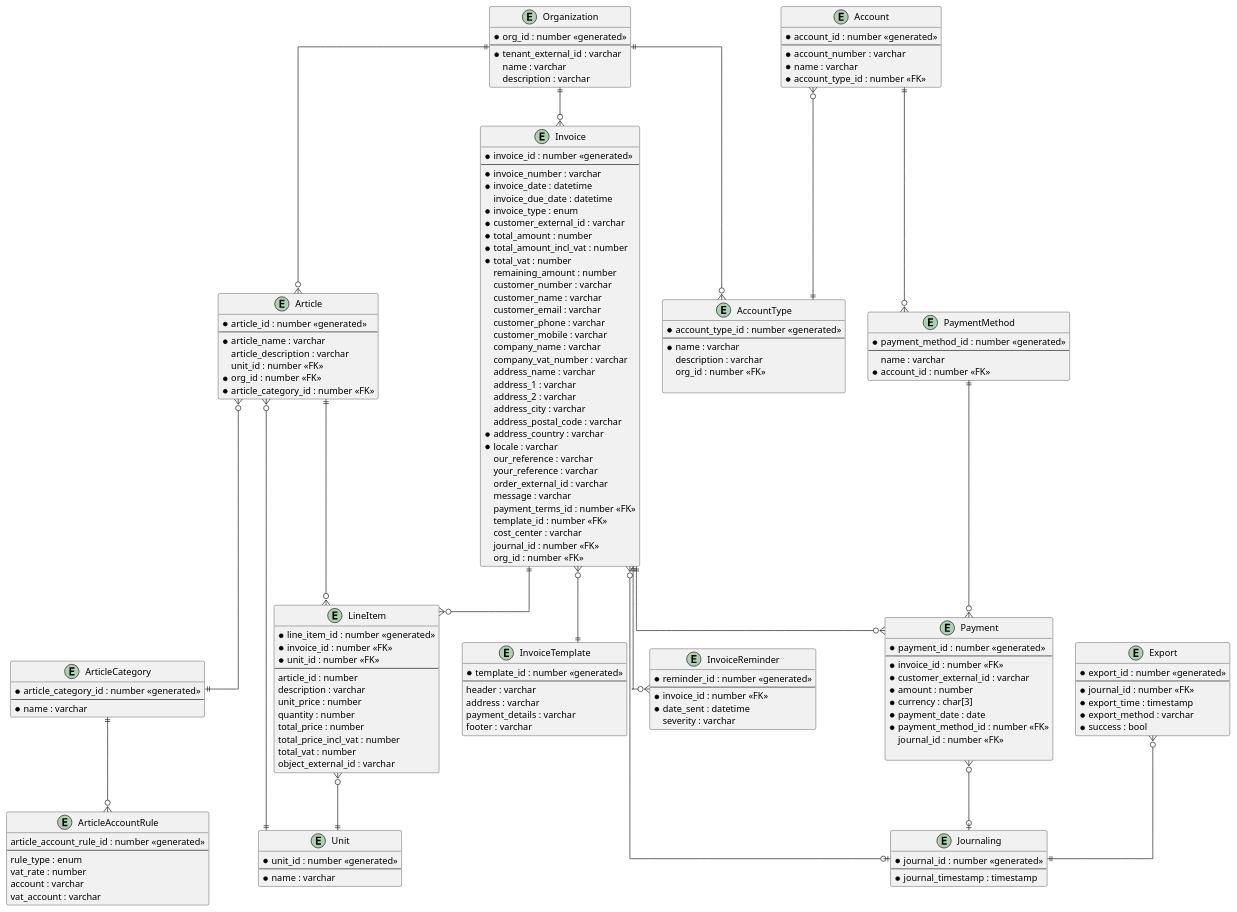
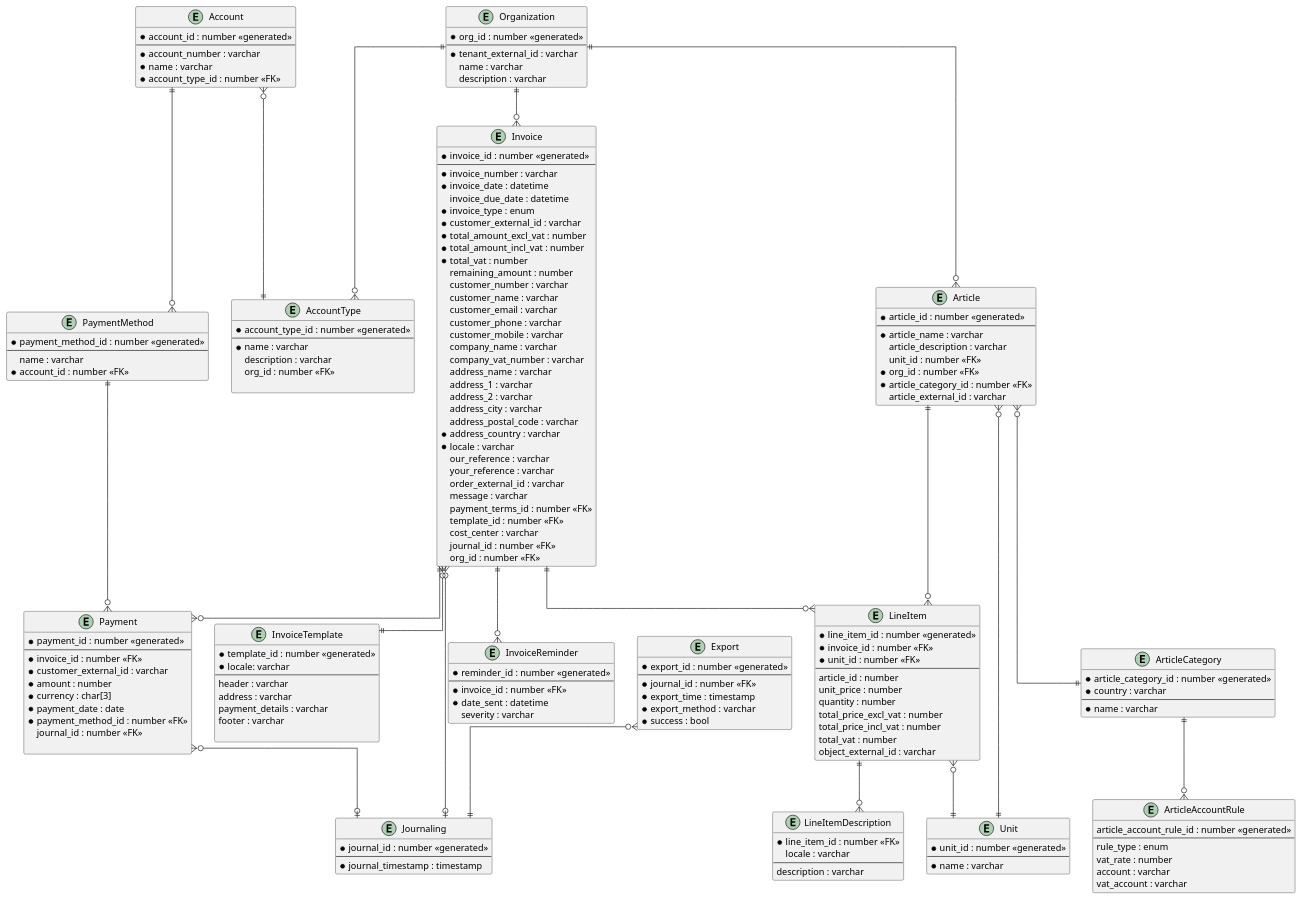
The diagram in datamodel.puml (barnebys/financemoduledesign), drawn with PlantUML before and after one commit. The commit also changed 1 other file, not shown here.

Commit message:
Making VAT explicit Adding link from ArticleCategory to Country Making LineItem Description i18n

```diff
--- a/datamodel.puml
+++ b/datamodel.puml
@@ -35,7 +35,7 @@
   invoice_due_date : datetime
   *invoice_type : enum
   *customer_external_id : varchar
-  *total_amount : number
+  *total_amount_excl_vat : number
   *total_amount_incl_vat : number
   *total_vat : number
   remaining_amount : number
@@ -79,13 +79,19 @@
   *unit_id : number <<FK>>
   --
   article_id : number
-  description : varchar
   unit_price : number
   quantity : number
-  total_price : number
+  total_price_excl_vat : number
   total_price_incl_vat : number
   total_vat : number
   object_external_id : varchar
+}
+
+entity "LineItemDescription" as lid {
+    *line_item_id : number <<FK>>
+    locale : varchar
+    --
+    description : varchar
 }
 
 entity "Article" as art {
@@ -96,10 +102,12 @@
   unit_id : number <<FK>>
   *org_id : number <<FK>>
   *article_category_id : number <<FK>>
+  article_external_id : varchar
 }
 
 entity "ArticleCategory" as artCat {
    *article_category_id : number <<generated>>
+   *country : varchar
    --
    *name : varchar 
 }
@@ -158,11 +166,13 @@
 
 entity "InvoiceTemplate" as invTemp {
     *template_id : number <<generated>>
+    *locale: varchar
     --
     header : varchar
     address : varchar
     payment_details : varchar
     footer : varchar
+  
 }
 
 org ||--o{ inv
@@ -171,6 +181,8 @@
 
 inv ||--o{ li
 art ||--o{ li
+
+li ||--o{ lid
 
 inv ||--o{ p
 pm ||--o{ p
```
